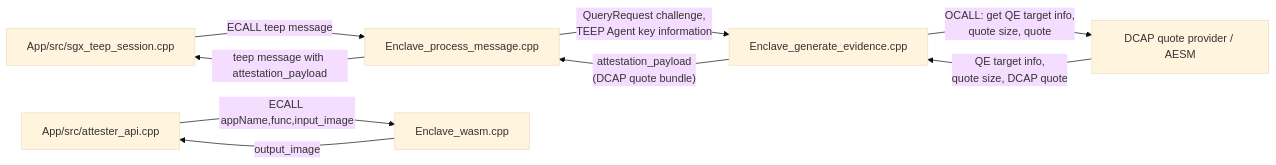
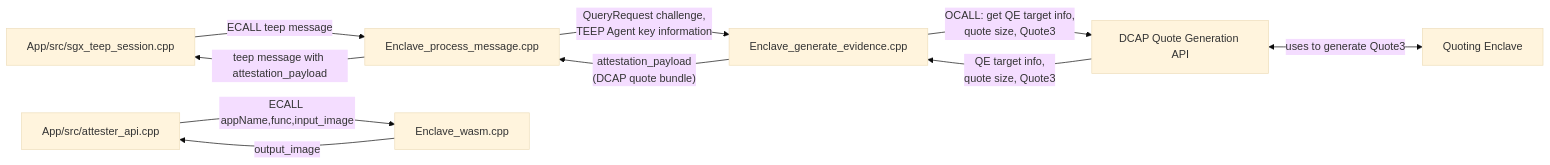
Before and after one commit to yuma-nishi/taws: the third of 3 diagrams in doc/internal-design-dfd-dataflow.md, drawn with Mermaid (base theme). The commit also changed other lines of this file and 6 other files, not shown here.

````diff
--- a/doc/internal-design-dfd-dataflow.md
+++ b/doc/internal-design-dfd-dataflow.md
@@ -112,19 +112,21 @@
 ```mermaid
 flowchart LR
   CAPI[App/src/attester_api.cpp]
   Session[App/src/sgx_teep_session.cpp]
   EPM[Enclave_process_message.cpp]
   Evidence[Enclave_generate_evidence.cpp]
   EWASM[Enclave_wasm.cpp]
-  DCAP[DCAP quote provider / AESM]
+  QGA[DCAP Quote Generation API]
+  QE[Quoting Enclave]
 
   CAPI -->|ECALL appName,func,input_image| EWASM
   EWASM -->|output_image| CAPI
 
   Session -->|ECALL teep message| EPM
   EPM -->|teep message with attestation_payload| Session
   EPM -->|"QueryRequest challenge,<br/>TEEP Agent key information"| Evidence
-  Evidence -->|"OCALL: get QE target info,<br/>quote size, quote"| DCAP
-  DCAP -->|"QE target info,<br/>quote size, DCAP quote"| Evidence
+  Evidence -->|"OCALL: get QE target info,<br/>quote size, Quote3"| QGA
+  QGA -->|"QE target info,<br/>quote size, Quote3"| Evidence
+  QGA <-->|uses to generate Quote3| QE
   Evidence -->|"attestation_payload<br/>(DCAP quote bundle)"| EPM
 ```
````
